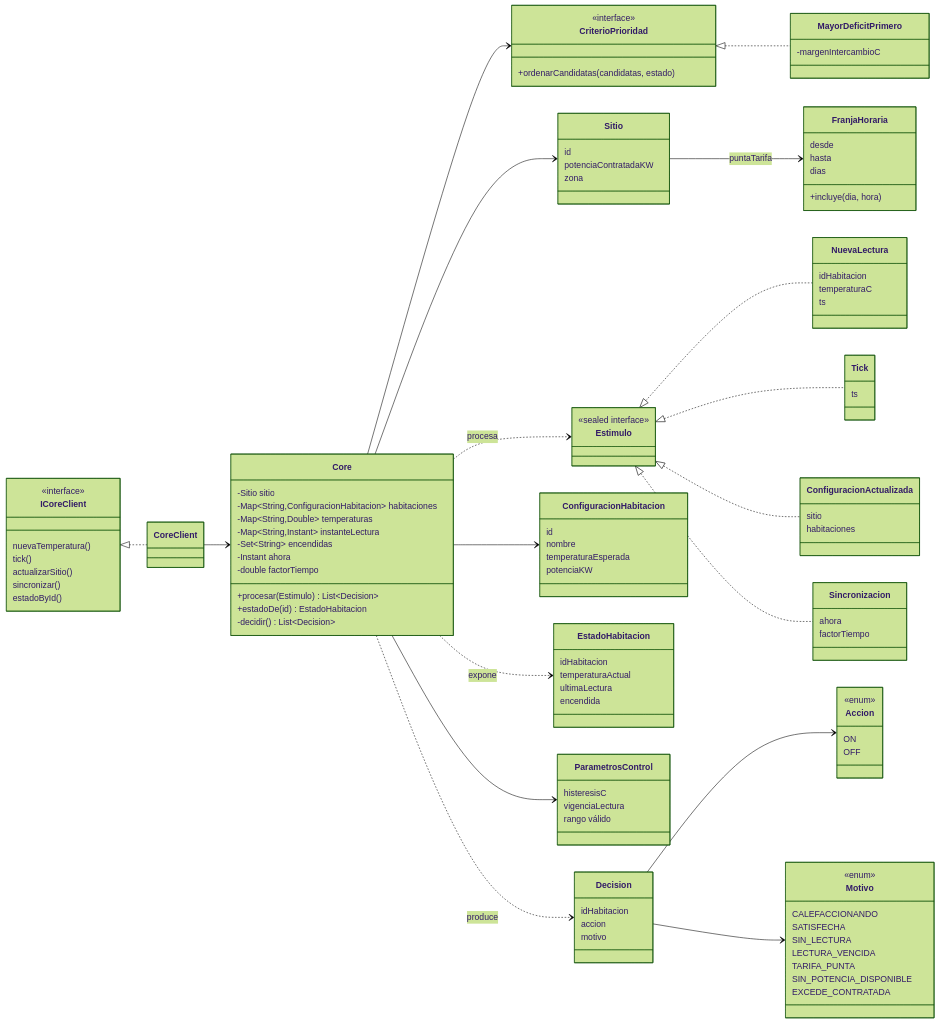
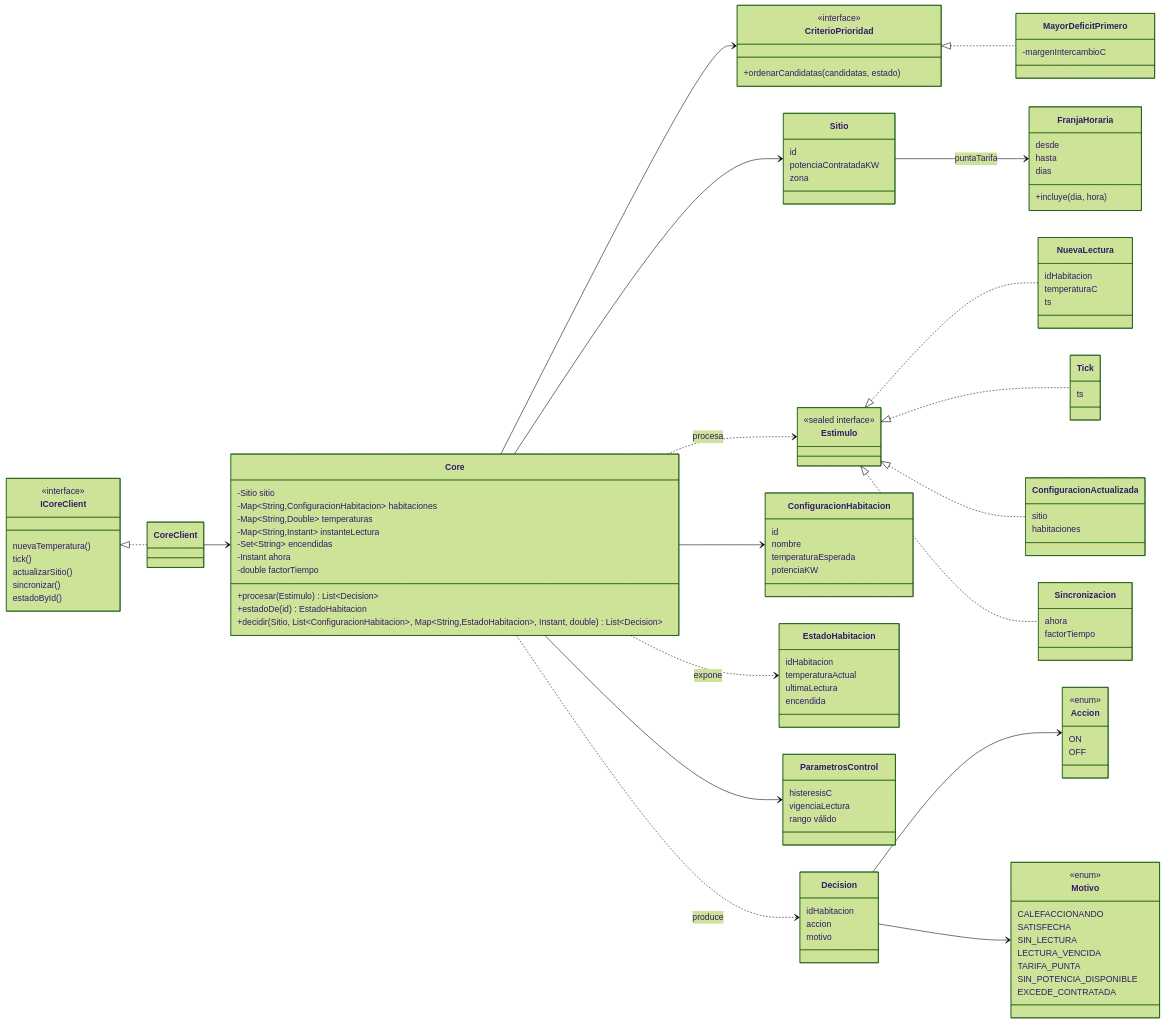
The second of 7 diagrams in docs/arquitectura/4mas1.md (BrayanBCode/iiss-2026-grupo-4), drawn with Mermaid (forest theme) before and after one commit. The commit also changed 5 other files, not shown here.

```diff
--- a/docs/arquitectura/4mas1.md
+++ b/docs/arquitectura/4mas1.md
@@ -62,7 +62,7 @@
       -double factorTiempo
       +procesar(Estimulo) List~Decision~
       +estadoDe(id) EstadoHabitacion
-      -decidir() List~Decision~
+      +decidir(Sitio, List~ConfiguracionHabitacion~, Map~String,EstadoHabitacion~, Instant, double) List~Decision~
     }
     class Estimulo {
       <<sealed interface>>
```
